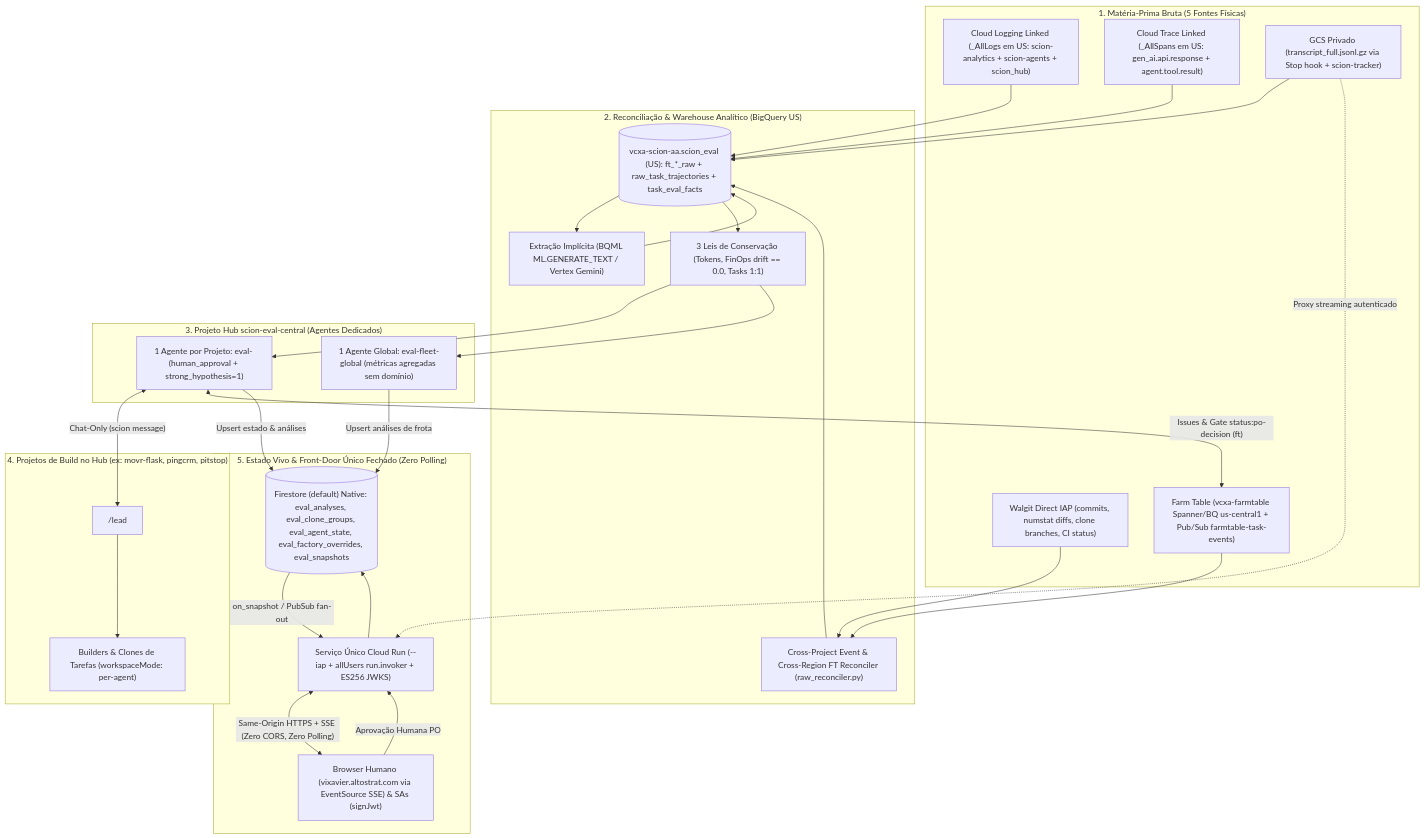
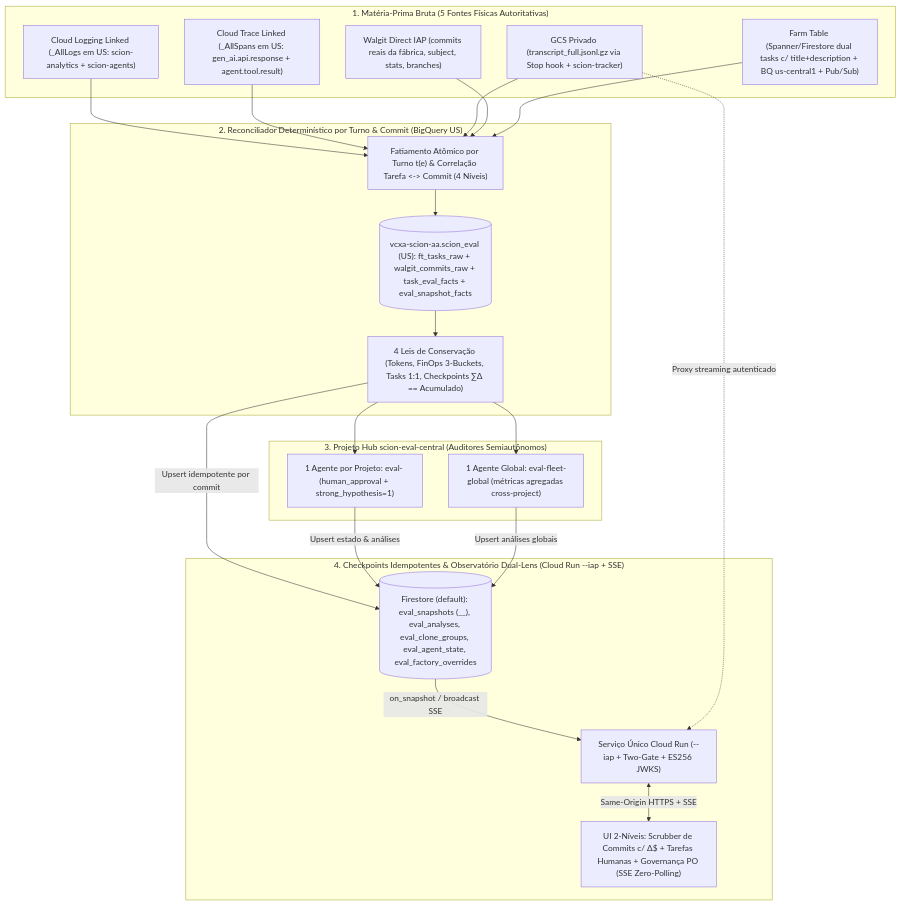
Before and after one commit to vcx/scion-defaults: the diagram in docs/specs/eval-fabrica-spec.md, drawn with Mermaid. The commit also changed other lines of this file and 2 other files, not shown here.

Commit message:
feat(eval-fabrica): v2.1 spec and eval_snapshots checkpoint_ts store validation

````diff
--- a/docs/specs/eval-fabrica-spec.md
+++ b/docs/specs/eval-fabrica-spec.md
@@ -68,53 +76,41 @@
 ```mermaid
 flowchart TD
-    subgraph RAW ["1. Matéria-Prima Bruta (5 Fontes Físicas)"]
-        LOGS["Cloud Logging Linked (_AllLogs em US: scion-analytics + scion-agents + scion_hub)"]
+    subgraph RAW ["1. Matéria-Prima Bruta (5 Fontes Físicas Autoritativas)"]
+        LOGS["Cloud Logging Linked (_AllLogs em US: scion-analytics + scion-agents)"]
         SPANS["Cloud Trace Linked (_AllSpans em US: gen_ai.api.response + agent.tool.result)"]
         TRANS["GCS Privado (transcript_full.jsonl.gz via Stop hook + scion-tracker)"]
-        WALGIT["Walgit Direct IAP (commits, numstat diffs, clone branches, CI status)"]
-        FT_RAW["Farm Table (vcxa-farmtable Spanner/BQ us-central1 + Pub/Sub farmtable-task-events)"]
+        WALGIT["Walgit Direct IAP (commits reais da fábrica, subject, stats, branches)"]
+        FT_RAW["Farm Table (Spanner/Firestore dual tasks c/ title+description + BQ us-central1 + Pub/Sub)"]
     end
 
-    subgraph RECON ["2. Reconciliação & Warehouse Analítico (BigQuery US)"]
-        BRIDGE["Cross-Project Event & Cross-Region FT Reconciler (raw_reconciler.py)"]
-        BQ_US[("vcxa-scion-aa.scion_eval (US): ft_*_raw + raw_task_trajectories + task_eval_facts")]
-        BQML["Extração Implícita (BQML ML.GENERATE_TEXT / Vertex Gemini)"]
-        CONSERV["3 Leis de Conservação (Tokens, FinOps drift == 0.0, Tasks 1:1)"]
-        LOGS --> BQ_US
-        SPANS --> BQ_US
-        TRANS --> BQ_US
-        WALGIT --> BRIDGE
-        FT_RAW --> BRIDGE
-        BRIDGE --> BQ_US
-        BQ_US --> BQML --> BQ_US
-        BQ_US --> CONSERV
+    subgraph RECON ["2. Reconciliador Determinístico por Turno & Commit (BigQuery US)"]
+        TURN_SLICE["Fatiamento Atômico por Turno t(e) & Correlação Tarefa <-> Commit (4 Níveis)"]
+        BQ_US[("vcxa-scion-aa.scion_eval (US): ft_tasks_raw + walgit_commits_raw + task_eval_facts + eval_snapshot_facts")]
+        LAWS["4 Leis de Conservação (Tokens, FinOps 3-Buckets, Tasks 1:1, Checkpoints ∑Δ == Acumulado)"]
+        LOGS --> TURN_SLICE
+        SPANS --> TURN_SLICE
+        TRANS --> TURN_SLICE
+        WALGIT --> TURN_SLICE
+        FT_RAW --> TURN_SLICE
+        TURN_SLICE --> BQ_US --> LAWS
     end
 
-    subgraph CENTRAL ["3. Projeto Hub scion-eval-central (Agentes Dedicados)"]
+    subgraph CENTRAL ["3. Projeto Hub scion-eval-central (Auditores Semiautônomos)"]
         EVAL_P["1 Agente por Projeto: eval-<project-slug> (human_approval + strong_hypothesis=1)"]
-        EVAL_G["1 Agente Global: eval-fleet-global (métricas agregadas sem domínio)"]
-        CONSERV --> EVAL_P
-        CONSERV --> EVAL_G
+        EVAL_G["1 Agente Global: eval-fleet-global (métricas agregadas cross-project)"]
+        LAWS --> EVAL_P
+        LAWS --> EVAL_G
     end
 
-    subgraph BUILD ["4. Projetos de Build no Hub (ex: movr-flask, pingcrm, pitstop)"]
-        LEAD["<project-slug>/lead"]
-        WORKERS["Builders & Clones de Tarefas (workspaceMode: per-agent)"]
-        LEAD --> WORKERS
+    subgraph STORE_UI ["4. Checkpoints Idempotentes & Observatório Dual-Lens (Cloud Run --iap + SSE)"]
+        FS[("Firestore (default): eval_snapshots (<slug>__<sha8>), eval_analyses, eval_clone_groups, eval_agent_state, eval_factory_overrides")]
+        CR_IAP["Serviço Único Cloud Run (--iap + Two-Gate + ES256 JWKS)"]
+        BROWSER["UI 2-Níveis: Scrubber de Commits c/ Δ$ + Tarefas Humanas + Governança PO (SSE Zero-Polling)"]
+        LAWS -->|"Upsert idempotente por commit"| FS
+        EVAL_P -->|"Upsert estado & análises"| FS
+        EVAL_G -->|"Upsert análises globais"| FS
+        FS -->|"on_snapshot / broadcast SSE"| CR_IAP
+        TRANS -.->|"Proxy streaming autenticado"| CR_IAP
+        CR_IAP <-->|"Same-Origin HTTPS + SSE"| BROWSER
     end
-
-    subgraph STORE_UI ["5. Estado Vivo & Front-Door Único Fechado (Zero Polling)"]
-        FS[("Firestore (default) Native: eval_analyses, eval_clone_groups, eval_agent_state, eval_factory_overrides, eval_snapshots")]
-        CR_IAP["Serviço Único Cloud Run (--iap + allUsers run.invoker + ES256 JWKS)"]
-        BROWSER["Browser Humano (vixavier.altostrat.com via EventSource SSE) & SAs (signJwt)"]
-        FS -->|"on_snapshot / PubSub fan-out"| CR_IAP
-        TRANS -.->|"Proxy streaming autenticado"| CR_IAP
-        CR_IAP <-->|"Same-Origin HTTPS + SSE (Zero CORS, Zero Polling)"| BROWSER
-    end
-
-    EVAL_P <-->|"Chat-Only (scion message)"| LEAD
-    EVAL_P <-->|"Issues & Gate status:po-decision (ft)"| FT_RAW
-    EVAL_P -->|"Upsert estado & análises"| FS
-    EVAL_G -->|"Upsert análises de frota"| FS
-    BROWSER -->|"Aprovação Humana PO"| CR_IAP --> FS
 ```
````
